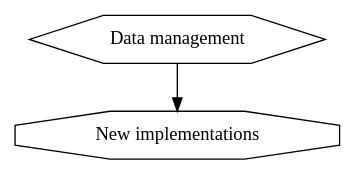
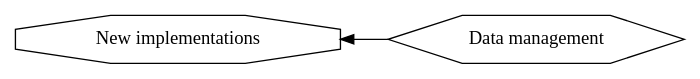
Before and after one commit to ledgerwatch/eth_state: diagram 11 of 13 in Ethereum1x_definition.md, drawn with Graphviz. The commit also changed other lines of this file, not shown here.

````diff
--- a/Ethereum1x_definition.md
+++ b/Ethereum1x_definition.md
@@ -141,8 +159,9 @@
 ```graphviz
 digraph new_implementations {
+rankdir=LR;
 new_implementations [label="New implementations" shape="octagon"];
 data_management [label="Data management" shape="hexagon"];
 
-data_management -> new_implementations;
+new_implementations -> data_management [dir=back];
 }
 ```
````
